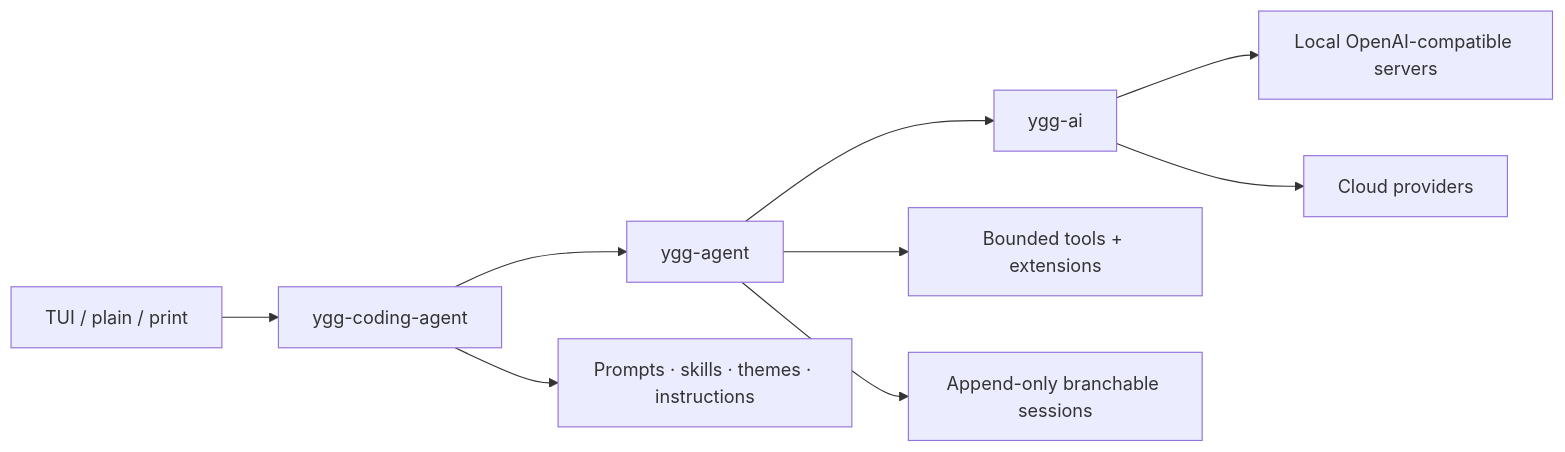
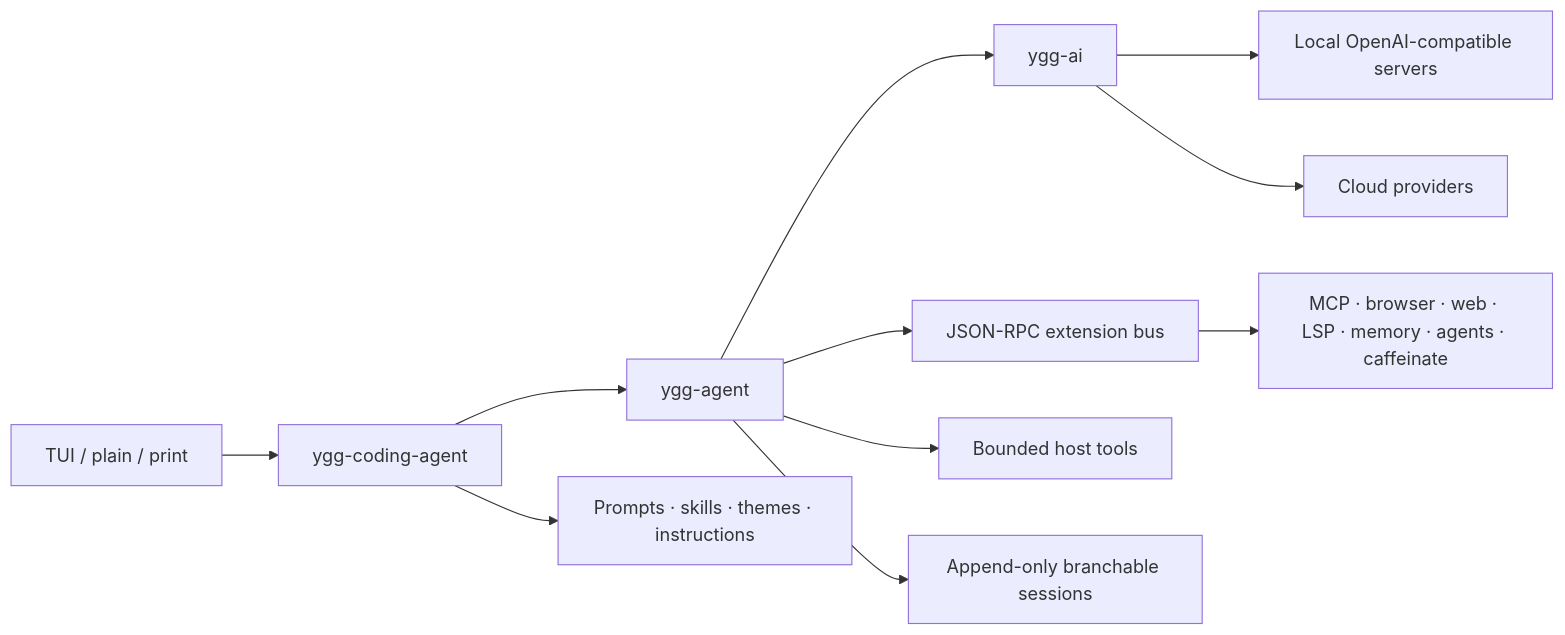
One commit to skaft-software/ygg changed the diagram in README.md. Above: the diagram before and after it, drawn with Mermaid. The commit also changed other lines of this file and 8 other files, not shown here.

````diff
--- a/README.md
+++ b/README.md
@@ -655,11 +683,13 @@
 ```mermaid
 flowchart LR
     UI["TUI / plain / print"] --> Product["ygg-coding-agent"]
     Product --> Agent["ygg-agent"]
     Agent --> AI["ygg-ai"]
     AI --> Local["Local OpenAI-compatible servers"]
     AI --> Cloud["Cloud providers"]
-    Agent --> Tools["Bounded tools + extensions"]
+    Agent --> Bus["JSON-RPC extension bus"]
+    Bus --> Extensions["MCP · browser · web · LSP · memory · agents · caffeinate"]
+    Agent --> Tools["Bounded host tools"]
     Agent --> Sessions["Append-only branchable sessions"]
     Product --> Resources["Prompts · skills · themes · instructions"]
 ```
````
